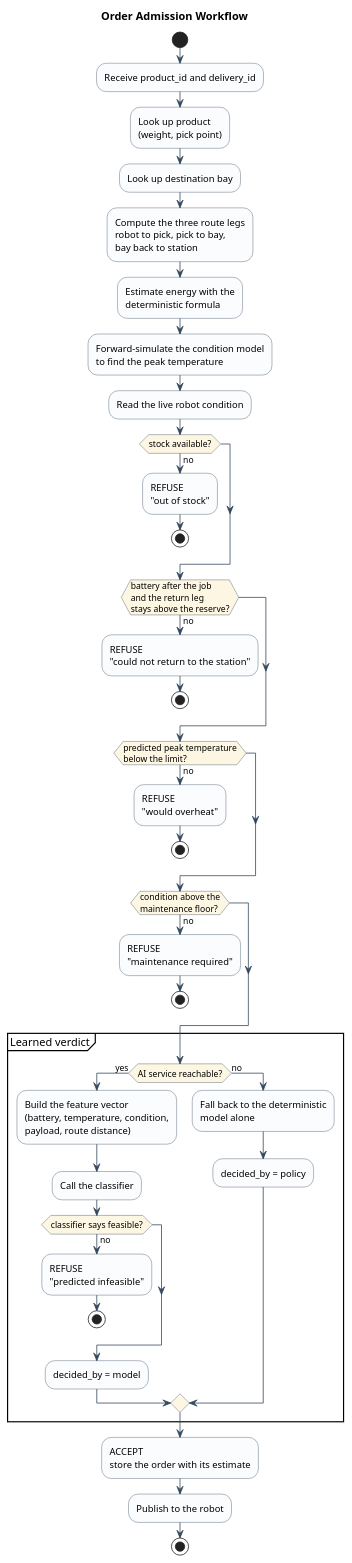
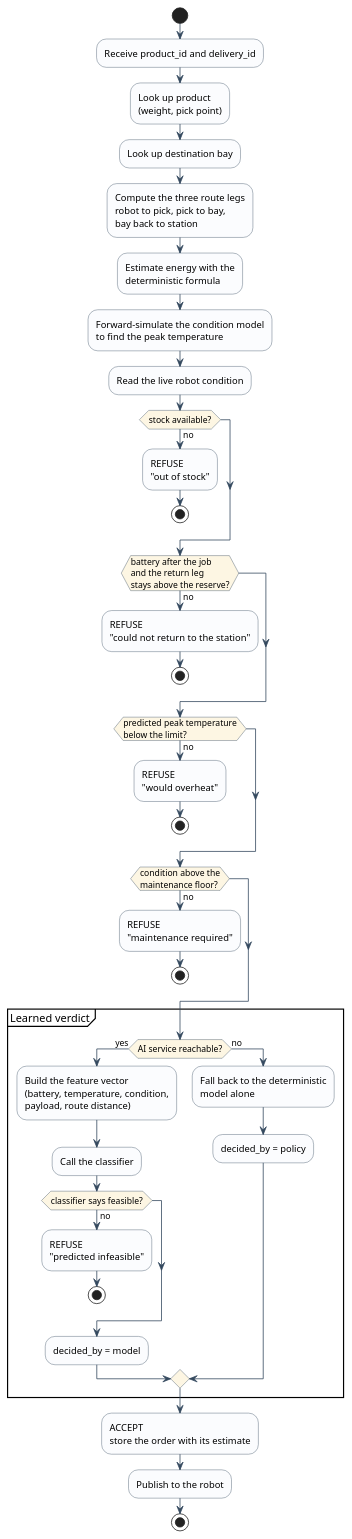
One commit to ArianShafagh/robofetch changed the diagram in report/uml/05-activity-admission.puml. Above: the diagram before and after it, drawn with PlantUML. The commit also changed 24 other files, not shown here.

First line of the commit message:
Diagrams: drop the titles and the prose, explain them in the report instead

```diff
--- a/report/uml/05-activity-admission.puml
+++ b/report/uml/05-activity-admission.puml
@@ -9,62 +9,61 @@
 @startuml
 skinparam backgroundColor White
 skinparam shadowing false
 skinparam activity {
   BackgroundColor #FBFCFE
   BorderColor #34495E
   ArrowColor #34495E
   DiamondBackgroundColor #FDF6E3
   DiamondBorderColor #34495E
 }
 
-title Order Admission Workflow
 
 start
 :Receive product_id and delivery_id;
 :Look up product\n(weight, pick point);
 :Look up destination bay;
 :Compute the three route legs\nrobot to pick, pick to bay,\nbay back to station;
 :Estimate energy with the\ndeterministic formula;
 :Forward-simulate the condition model\nto find the peak temperature;
 :Read the live robot condition;
 
 if (stock available?) then (no)
   :REFUSE\n"out of stock";
   stop
 endif
 
 if (battery after the job\nand the return leg\nstays above the reserve?) then (no)
   :REFUSE\n"could not return to the station";
   stop
 endif
 
 if (predicted peak temperature\nbelow the limit?) then (no)
   :REFUSE\n"would overheat";
   stop
 endif
 
 if (condition above the\nmaintenance floor?) then (no)
   :REFUSE\n"maintenance required";
   stop
 endif
 
 partition "Learned verdict" {
   if (AI service reachable?) then (yes)
     :Build the feature vector\n(battery, temperature, condition,\npayload, route distance);
     :Call the classifier;
     if (classifier says feasible?) then (no)
       :REFUSE\n"predicted infeasible";
       stop
     endif
     :decided_by = model;
   else (no)
     :Fall back to the deterministic\nmodel alone;
     :decided_by = policy;
   endif
 }
 
 :ACCEPT\nstore the order with its estimate;
 :Publish to the robot;
 stop
 
 @enduml
```
